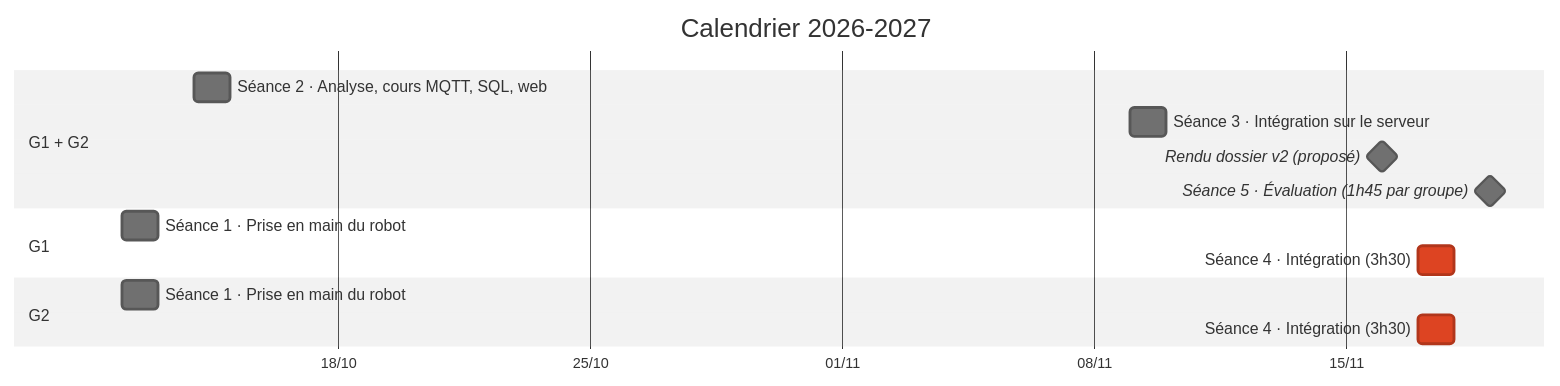
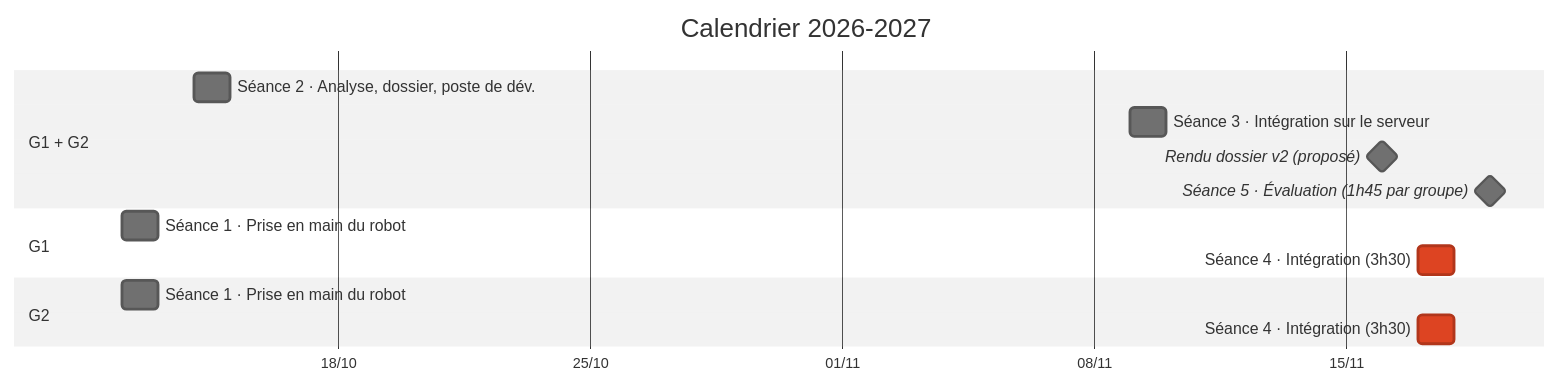
One commit to fabrice1618/niryo2 changed the first of 4 diagrams in progression_pedagogique/BACHINGE24.md. Above: the diagram before and after it, drawn with Mermaid (neutral theme). The commit also changed other lines of this file and 1 other file, not shown here.

First line of the commit message:
Progression BACHINGE24 : séance 2 allégée et points à arbitrer tranchés

````diff
--- a/progression_pedagogique/BACHINGE24.md
+++ b/progression_pedagogique/BACHINGE24.md
@@ -84,19 +84,19 @@
 ```mermaid
 gantt
     title Calendrier 2026-2027
     dateFormat YYYY-MM-DD
     axisFormat %d/%m
     tickInterval 1week
     todayMarker off
     section G1 + G2
-        Séance 2 · Analyse, cours MQTT, SQL, web   : 2026-10-14, 1d
+        Séance 2 · Analyse, dossier, poste de dév.  : 2026-10-14, 1d
         Séance 3 · Intégration sur le serveur      : 2026-11-09, 1d
         Rendu dossier v2 (proposé)                 : milestone, 2026-11-16, 0d
         Séance 5 · Évaluation (1h45 par groupe)   : milestone, 2026-11-19, 0d
     section G1
         Séance 1 · Prise en main du robot          : 2026-10-12, 1d
         Séance 4 · Intégration (3h30)              : crit, 2026-11-17, 1d
     section G2
         Séance 1 · Prise en main du robot          : 2026-10-12, 1d
         Séance 4 · Intégration (3h30)              : crit, 2026-11-17, 1d
 ```
````
